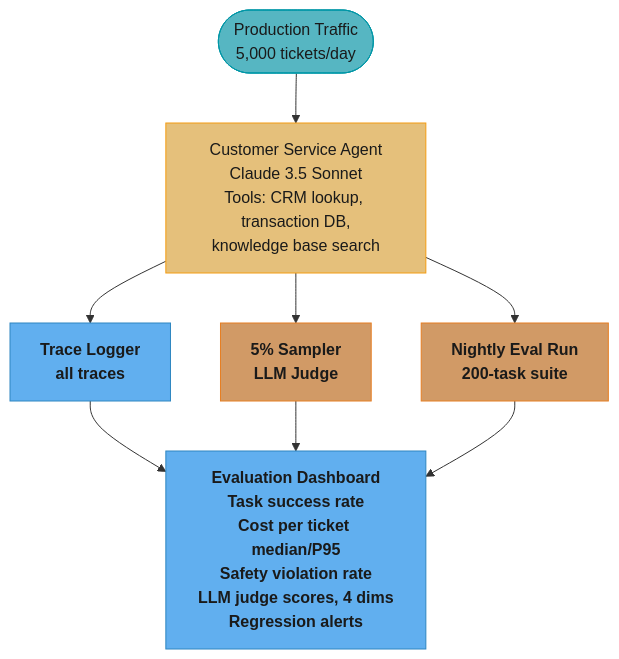
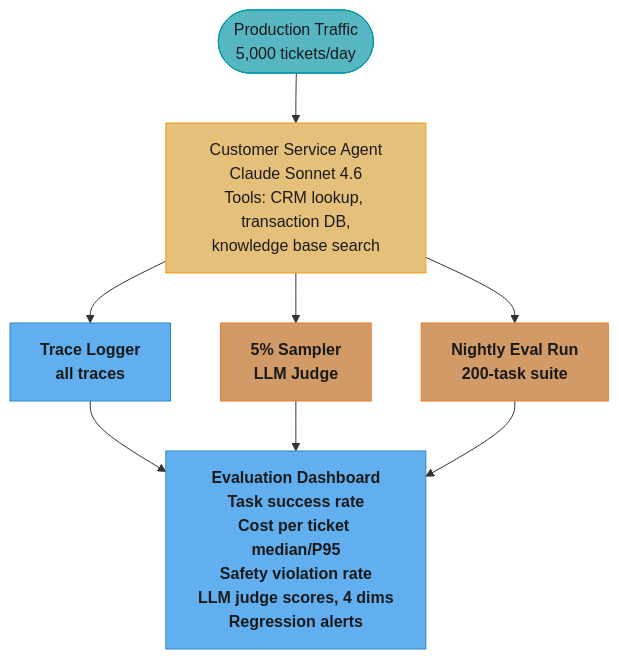
Before and after one commit to rppol/system-design: the third of 3 diagrams in src/main/java/com/rutik/systemdesign/llm/agents_and_tool_use/agent_evaluation_and_benchmarking.md, drawn with Mermaid. The commit also changed other lines of this file and 113 other files, not shown here.

````diff
--- a/src/main/java/com/rutik/systemdesign/llm/agents_and_tool_use/agent_evaluation_and_benchmarking.md
+++ b/src/main/java/com/rutik/systemdesign/llm/agents_and_tool_use/agent_evaluation_and_benchmarking.md
@@ -720,23 +746,23 @@
 ```mermaid
 flowchart TD
     classDef io      fill:#61afef,stroke:#2e86c1,color:#1a1a1a,font-weight:bold
     classDef frozen  fill:#c678dd,stroke:#9b59b6,color:#fff
     classDef train   fill:#98c379,stroke:#27ae60,color:#1a1a1a
     classDef mathOp  fill:#d19a66,stroke:#e67e22,color:#1a1a1a,font-weight:bold
     classDef lossN   fill:#e06c75,stroke:#c0392b,color:#fff,font-weight:bold
     classDef req     fill:#56b6c2,stroke:#0097a7,color:#1a1a1a
     classDef base    fill:#e5c07b,stroke:#f39c12,color:#1a1a1a
 
-    PT(["Production Traffic<br/>5,000 tickets/day"]) --> AGENT["Customer Service Agent<br/>Claude 3.5 Sonnet<br/>Tools: CRM lookup, transaction DB,<br/>knowledge base search"]
+    PT(["Production Traffic<br/>5,000 tickets/day"]) --> AGENT["Customer Service Agent<br/>Claude Sonnet 4.6<br/>Tools: CRM lookup, transaction DB,<br/>knowledge base search"]
     AGENT --> LOGGER["Trace Logger<br/>all traces"]
     AGENT --> SAMPLER["5% Sampler<br/>LLM Judge"]
     AGENT --> NIGHTLY["Nightly Eval Run<br/>200-task suite"]
     LOGGER --> DASH["Evaluation Dashboard<br/>Task success rate<br/>Cost per ticket median/P95<br/>Safety violation rate<br/>LLM judge scores, 4 dims<br/>Regression alerts"]
     SAMPLER --> DASH
     NIGHTLY --> DASH
 
     class PT req
     class AGENT base
     class LOGGER,DASH io
     class SAMPLER,NIGHTLY mathOp
 ```
````
